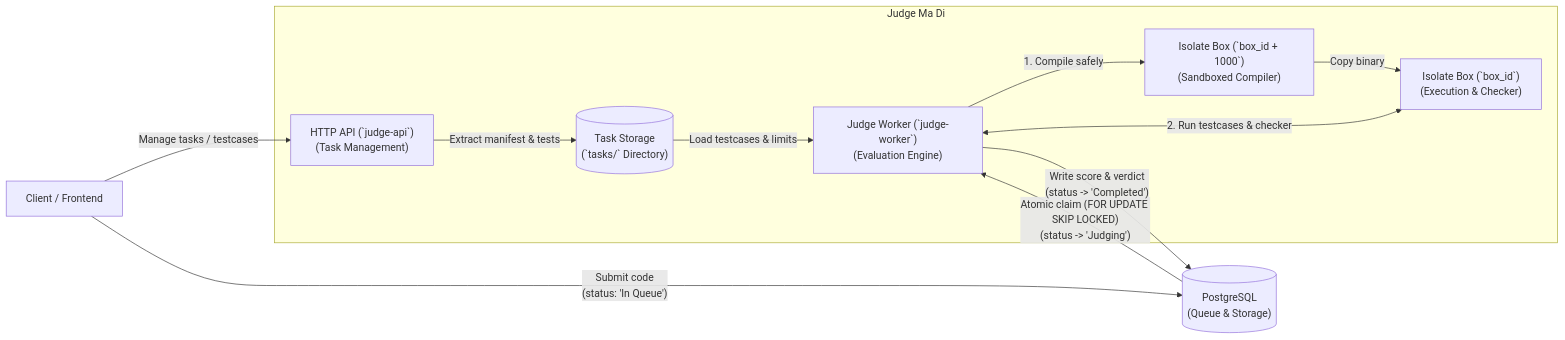
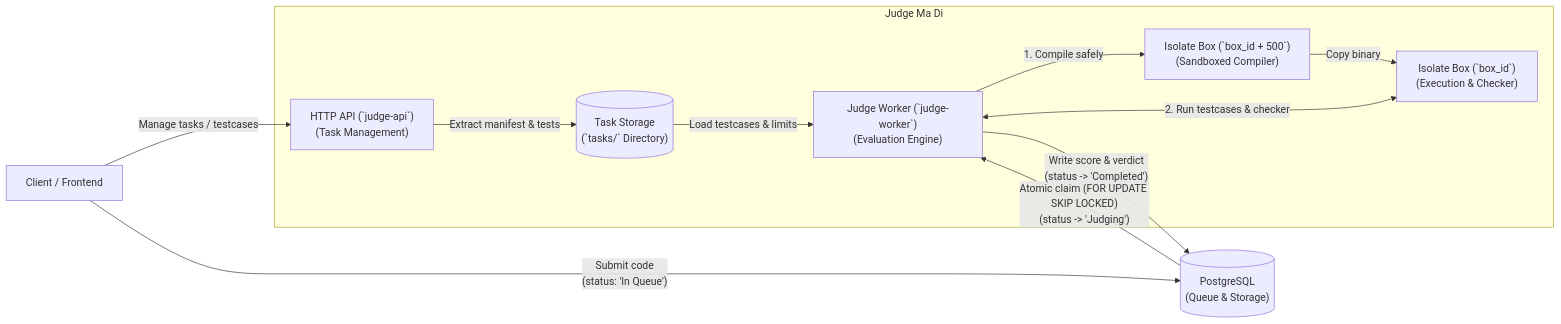
The first of 2 diagrams in docs/architecture.md (chawinkn/judge-ma-di), drawn with Mermaid before and after one commit. The commit also changed other lines of this file and 2 other files, not shown here.

Commit message:
docs: update architecture and deployment docs

````diff
--- a/docs/architecture.md
+++ b/docs/architecture.md
@@ -9,24 +9,24 @@
 ```mermaid
 flowchart LR
     Client["Client / Frontend"]
     DB[("PostgreSQL\n(Queue & Storage)")]
 
     subgraph Judge["Judge Ma Di"]
         API["HTTP API (`judge-api`)\n(Task Management)"]
         Storage[("Task Storage\n(`tasks/` Directory)")]
         Worker["Judge Worker (`judge-worker`)\n(Evaluation Engine)"]
-        CompileBox["Isolate Box (`box_id + 1000`)\n(Sandboxed Compiler)"]
+        CompileBox["Isolate Box (`box_id + 500`)\n(Sandboxed Compiler)"]
         RunBox["Isolate Box (`box_id`)\n(Execution & Checker)"]
     end
 
     Client -->|"Manage tasks / testcases"| API
     API -->|"Extract manifest & tests"| Storage
 
     Client -->|"Submit code\n(status: 'In Queue')"| DB
     DB -->|"Atomic claim (FOR UPDATE SKIP LOCKED)\n(status -> 'Judging')"| Worker
     Storage -->|"Load testcases & limits"| Worker
     Worker -->|"1. Compile safely"| CompileBox
     CompileBox -->|"Copy binary"| RunBox
     Worker <-->|"2. Run testcases & checker"| RunBox
     Worker -->|"Write score & verdict\n(status -> 'Completed')"| DB
 ```
````
